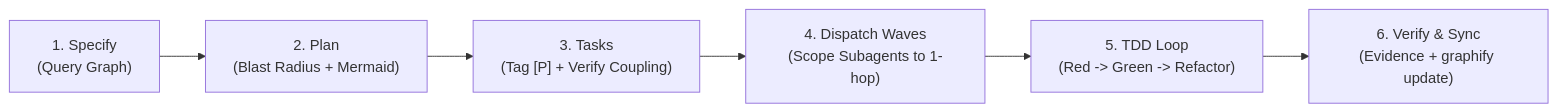
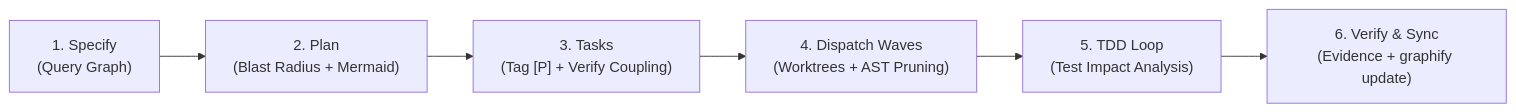
The second of 3 diagrams in .agents/skills/gss-bridge/SKILL.md (maihcx/GSS-Bridge), drawn with Mermaid before and after one commit. The commit also changed other lines of this file and 48 other files, not shown here.

First line of the commit message:
feat: add AST pruning, TIA, drift detector, repro synthesis, decision journal, dashboard, and worktree isolation

````diff
--- a/.agents/skills/gss-bridge/SKILL.md
+++ b/.agents/skills/gss-bridge/SKILL.md
@@ -69,8 +75,8 @@
 ```mermaid
 flowchart LR
     Spec["1. Specify\n(Query Graph)"] --> Plan["2. Plan\n(Blast Radius + Mermaid)"]
     Plan --> Tasks["3. Tasks\n(Tag [P] + Verify Coupling)"]
-    Tasks --> Dispatch["4. Dispatch Waves\n(Scope Subagents to 1-hop)"]
-    Dispatch --> TDD["5. TDD Loop\n(Red -> Green -> Refactor)"]
+    Tasks --> Dispatch["4. Dispatch Waves\n(Worktrees + AST Pruning)"]
+    Dispatch --> TDD["5. TDD Loop\n(Test Impact Analysis)"]
     TDD --> Verify["6. Verify & Sync\n(Evidence + graphify update)"]
 ```
````
